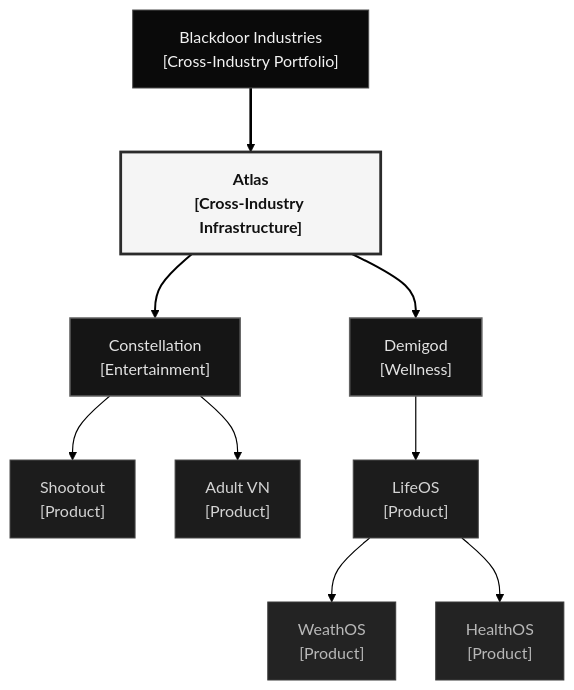
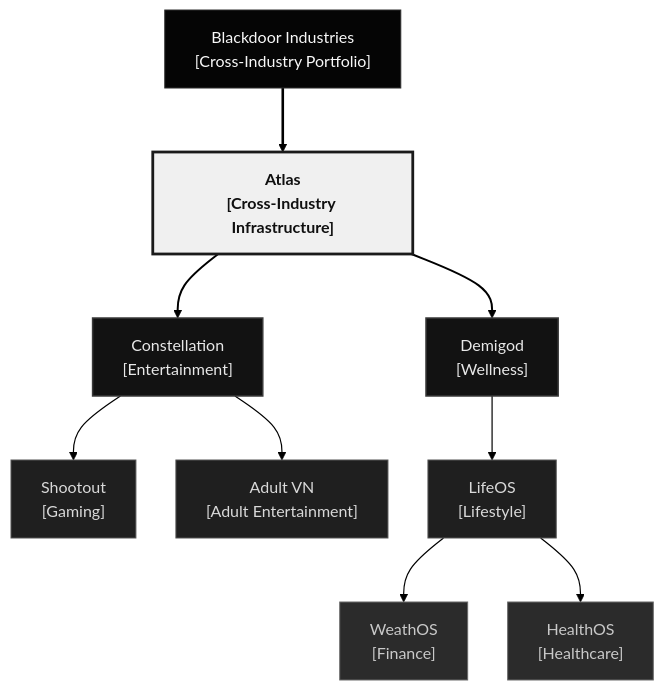
Before and after one commit to Blackdoor-Industries/.github: the first of 2 diagrams in profile/README.md, drawn with Mermaid.

Commit message:
Apply layered monotone palette and restore industry labels

````diff
--- a/profile/README.md
+++ b/profile/README.md
@@ -41,48 +41,48 @@
 ```mermaid
 %%{init: {
   "theme": "base",
   "flowchart": {
     "curve": "basis",
     "nodeSpacing": 40,
     "rankSpacing": 64
   },
   "themeVariables": {
     "fontFamily": "system-ui, -apple-system, Segoe UI, sans-serif",
     "lineColor": "#000000",
     "textColor": "#eaeaea",
     "primaryColor": "#181818",
     "primaryBorderColor": "#454545",
     "tertiaryColor": "#121212",
     "background": "#ffffff"
   }
 }}%%
 flowchart TB
     BD["Blackdoor Industries<br/>[Cross-Industry Portfolio]"]:::holding
     ATLAS["Atlas<br/>[Cross-Industry Infrastructure]"]:::atlas
     CONST["Constellation<br/>[Entertainment]"]:::subsidiary
     DEMI["Demigod<br/>[Wellness]"]:::subsidiary
-    SHOOT["Shootout<br/>[Product]"]:::product
-    VN["Adult VN<br/>[Product]"]:::product
-    LIFE["LifeOS<br/>[Product]"]:::product
-    WEATH["WeathOS<br/>[Product]"]:::module
-    HEALTH["HealthOS<br/>[Product]"]:::module
+    SHOOT["Shootout<br/>[Gaming]"]:::product
+    VN["Adult VN<br/>[Adult Entertainment]"]:::product
+    LIFE["LifeOS<br/>[Lifestyle]"]:::product
+    WEATH["WeathOS<br/>[Finance]"]:::module
+    HEALTH["HealthOS<br/>[Healthcare]"]:::module
 
     BD ==> ATLAS
     ATLAS ==> CONST
     ATLAS ==> DEMI
     CONST --> SHOOT
     CONST --> VN
     DEMI --> LIFE
     LIFE --> WEATH
     LIFE --> HEALTH
 
-    classDef holding fill:#0a0a0a,stroke:#4f4f4f,stroke-width:1px,color:#f2f2f2
-    classDef atlas fill:#f5f5f5,stroke:#2b2b2b,stroke-width:2.8px,color:#111,font-weight:700
-    classDef subsidiary fill:#151515,stroke:#626262,stroke-width:1.5px,color:#e3e3e3
-    classDef product fill:#1c1c1c,stroke:#4a4a4a,stroke-width:1px,color:#d4d4d4
-    classDef module fill:#232323,stroke:#3b3b3b,stroke-width:1px,color:#b8b8b8
+    classDef holding fill:#050505,stroke:#2f2f2f,stroke-width:1px,color:#f8f8f8
+    classDef atlas fill:#f0f0f0,stroke:#1a1a1a,stroke-width:2.8px,color:#101010,font-weight:700
+    classDef subsidiary fill:#121212,stroke:#3a3a3a,stroke-width:1.5px,color:#e8e8e8
+    classDef product fill:#1f1f1f,stroke:#555555,stroke-width:1px,color:#d9d9d9
+    classDef module fill:#2b2b2b,stroke:#6a6a6a,stroke-width:1px,color:#c9c9c9
 
     linkStyle 0 stroke:#000000,stroke-width:2.6px
     linkStyle 1,2 stroke:#000000,stroke-width:2px
     linkStyle 3,4,5,6,7 stroke:#000000,stroke-width:1.2px
 ```
````
